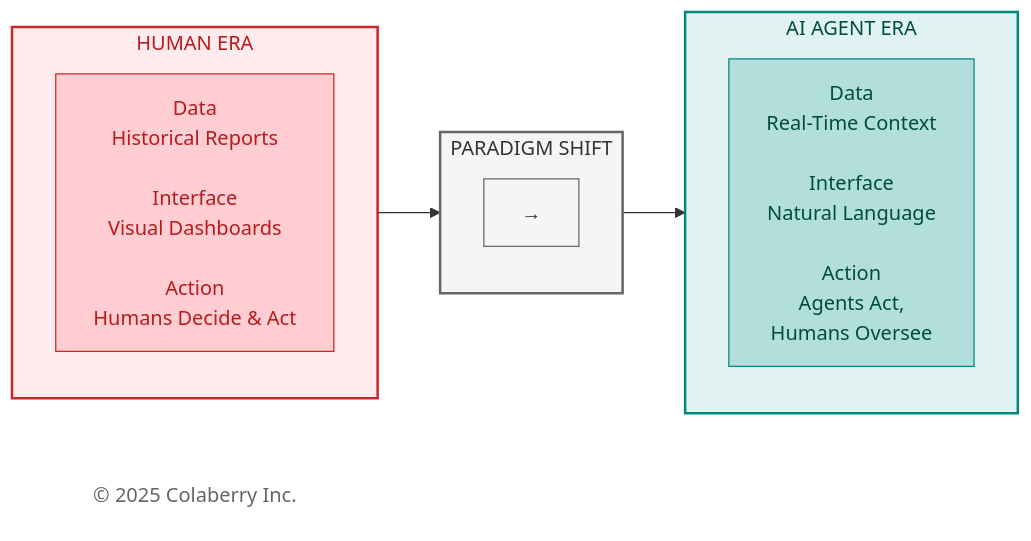
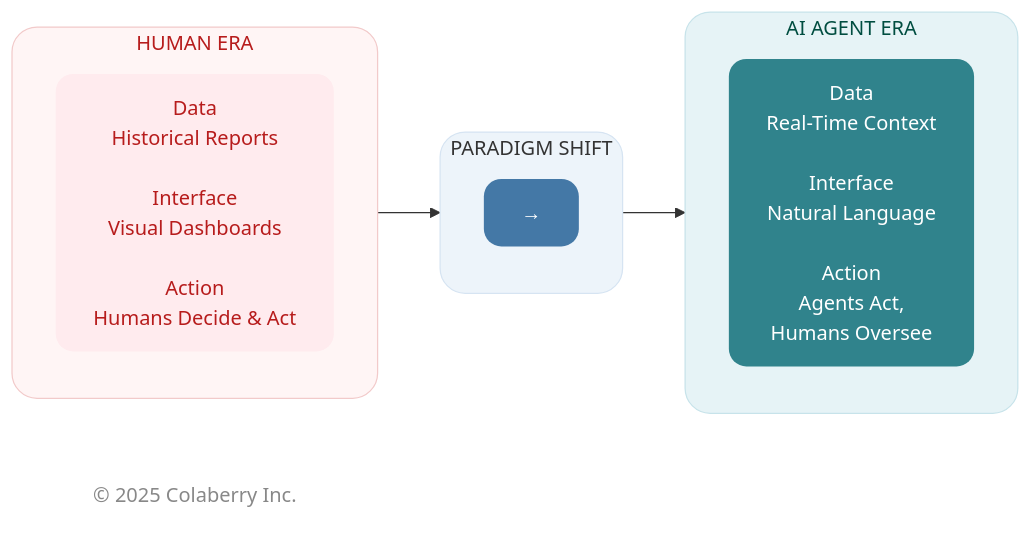
The second of 4 diagrams in manuscript/01_chapter_0_trust_before_intelligence.md (saitejesh-cyber/trust-before-intelligence-book), drawn with Mermaid before and after one commit. The commit also changed other lines of this file and 4 other files, not shown here.

Commit message:
Chapter 1to5: Updated mermaid diagrams based on new colaberry color code

````diff
--- a/manuscript/01_chapter_0_trust_before_intelligence.md
+++ b/manuscript/01_chapter_0_trust_before_intelligence.md
@@ -164,31 +165,31 @@
 ```mermaid
 
 graph LR
     subgraph HumanEra["HUMAN ERA"]
         direction TB
         H1["Data<br/>Historical Reports<br/><br/>Interface<br/>Visual Dashboards<br/><br/>Action<br/>Humans Decide & Act"]
     end
     
     subgraph TRANSFORM["PARADIGM SHIFT"]
         direction TB
         T1["→"]
     end
     
     subgraph AgentEra["AI AGENT ERA"]
         direction TB
         A1["Data<br/>Real-Time Context<br/><br/>Interface<br/>Natural Language<br/><br/>Action<br/>Agents Act,<br/>Humans Oversee"]
     end
     
     Copyright["© 2025 Colaberry Inc."]
     
     HumanEra --> TRANSFORM --> AgentEra
     
-    style HumanEra fill:#ffebee,stroke:#c62828,stroke-width:2px,color:#b71c1c
-    style TRANSFORM fill:#f5f5f5,stroke:#666666,stroke-width:2px,color:#333333
-    style AgentEra fill:#e0f2f1,stroke:#00897b,stroke-width:2px,color:#004d40
-    style H1 fill:#ffcdd2,stroke:#c62828,color:#b71c1c
-    style T1 fill:#f5f5f5,stroke:#666666,color:#333333
-    style A1 fill:#b2dfdb,stroke:#00897b,color:#004d40
-    style Copyright fill:#ffffff,stroke:none,color:#666666
+    style HumanEra fill:#fff5f5,stroke:#f2caca,stroke-width:1px,color:#b71c1c,rx:20,ry:20
+    style H1 fill:#ffebee,stroke:none,color:#b71c1c,rx:14,ry:14
+    style TRANSFORM fill:#edf4fa,stroke:#d6e4f2,stroke-width:1px,color:#333333,rx:20,ry:20
+    style T1 fill:#4478A6,stroke:none,color:#ffffff,rx:14,ry:14
+    style AgentEra fill:#e6f3f6,stroke:#c7e3ea,stroke-width:1px,color:#004d40,rx:20,ry:20
+    style A1 fill:#30838C,stroke:none,color:#ffffff,rx:14,ry:14
+    style Copyright fill:none,stroke:none,color:#888888
 
 ```
````
